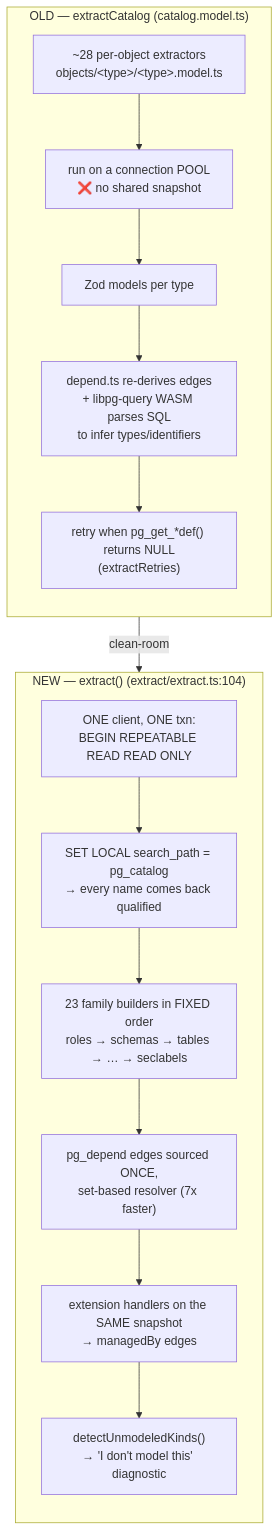
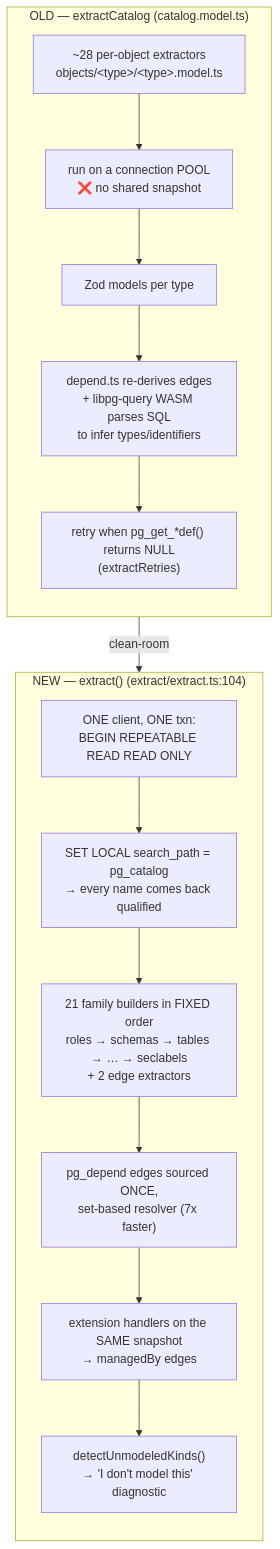
One commit to supabase/pg-delta changed the second of 19 diagrams in docs/architecture/flows.md. Above: the diagram before and after it, drawn with Mermaid. The commit also changed other lines of this file, not shown here.

````diff
--- a/docs/architecture/flows.md
+++ b/docs/architecture/flows.md
@@ -99,23 +104,23 @@
 ```mermaid
 flowchart TB
     subgraph OLD["OLD — extractCatalog (catalog.model.ts)"]
         direction TB
         o1["~28 per-object extractors<br/>objects/&lt;type&gt;/&lt;type&gt;.model.ts"]
         o2["run on a connection POOL<br/>❌ no shared snapshot"]
         o3["Zod models per type"]
         o4["depend.ts re-derives edges<br/>+ libpg-query WASM parses SQL<br/>to infer types/identifiers"]
         o5["retry when pg_get_*def() returns NULL<br/>(extractRetries)"]
         o1 --> o2 --> o3 --> o4 --> o5
     end
     subgraph NEW["NEW — extract() (extract/extract.ts:104)"]
         direction TB
         n1["ONE client, ONE txn:<br/>BEGIN REPEATABLE READ READ ONLY"]
         n2["SET LOCAL search_path = pg_catalog<br/>→ every name comes back qualified"]
-        n3["23 family builders in FIXED order<br/>roles → schemas → tables → … → seclabels"]
+        n3["21 family builders in FIXED order<br/>roles → schemas → tables → … → seclabels<br/>+ 2 edge extractors"]
         n4["pg_depend edges sourced ONCE,<br/>set-based resolver (7x faster)"]
         n5["extension handlers on the SAME snapshot<br/>→ managedBy edges"]
         n6["detectUnmodeledKinds()<br/>→ 'I don't model this' diagnostic"]
         n1 --> n2 --> n3 --> n4 --> n5 --> n6
     end
     OLD -->|"clean-room"| NEW
 ```
````
